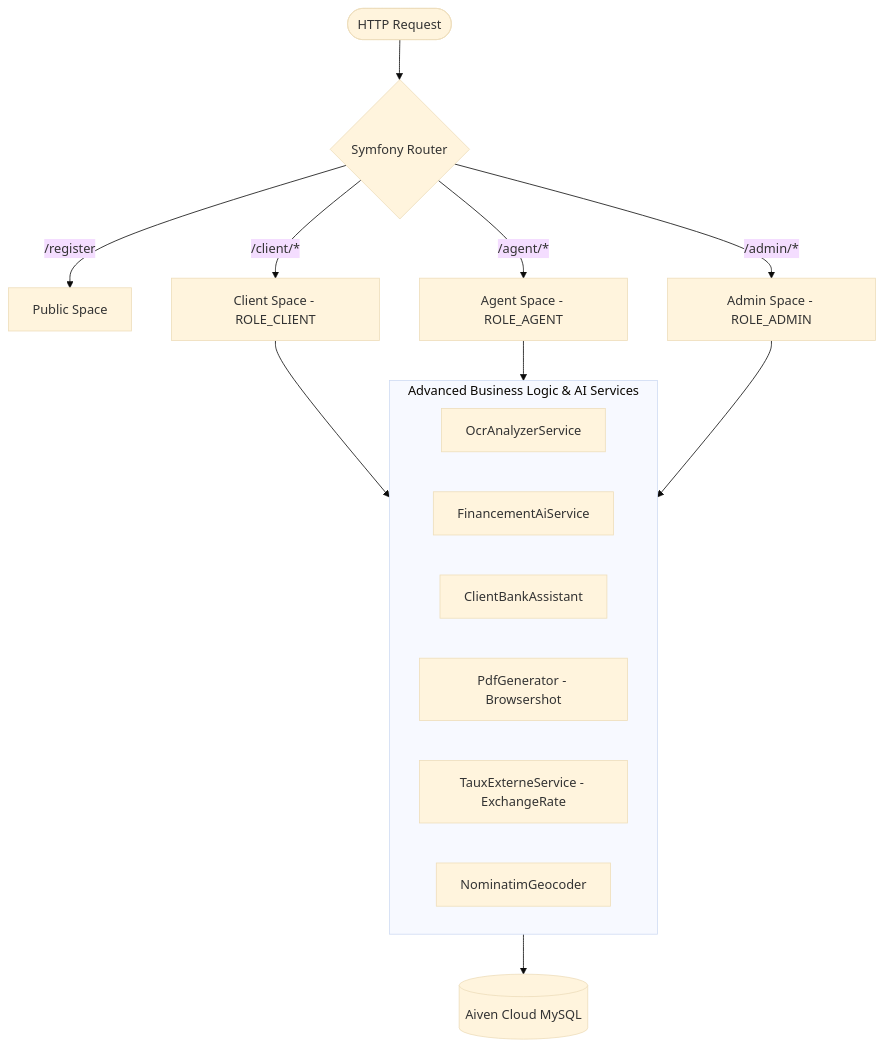
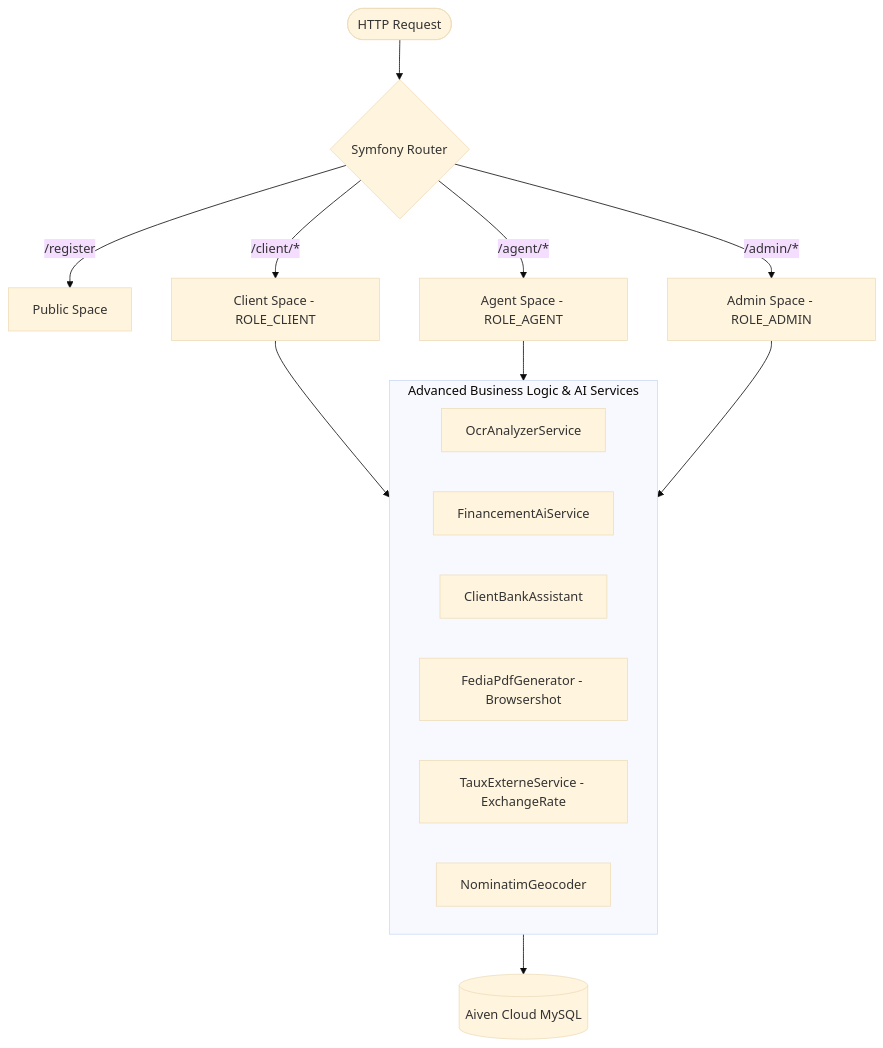
Before and after one commit to Mejri-Mehdi/Beeline-AI-Banking-Platform: the first of 2 diagrams in README.md, drawn with Mermaid (base theme). The commit also changed other lines of this file, not shown here.

````diff
--- a/README.md
+++ b/README.md
@@ -35,23 +35,23 @@
 ```mermaid
 graph TD
     User([HTTP Request]) --> Router{Symfony Router}
     Router -->|/register | Public[Public Space]
     Router -->|/client/*| ClientSpace[Client Space - ROLE_CLIENT]
     Router -->|/agent/*| AgentSpace[Agent Space - ROLE_AGENT]
     Router -->|/admin/*| AdminSpace[Admin Space - ROLE_ADMIN]
     
     subgraph Services [Advanced Business Logic & AI Services]
         OCR[OcrAnalyzerService]
         AI[FinancementAiService]
         Assistant[ClientBankAssistant]
-        PDF[PdfGenerator - Browsershot]
+        PDF[FediaPdfGenerator - Browsershot]
         Rate[TauxExterneService - ExchangeRate]
         Geo[NominatimGeocoder]
     end
     
     ClientSpace --> Services
     AgentSpace --> Services
     AdminSpace --> Services
     
     Services --> DB[(Aiven Cloud MySQL)]
 ```
````
